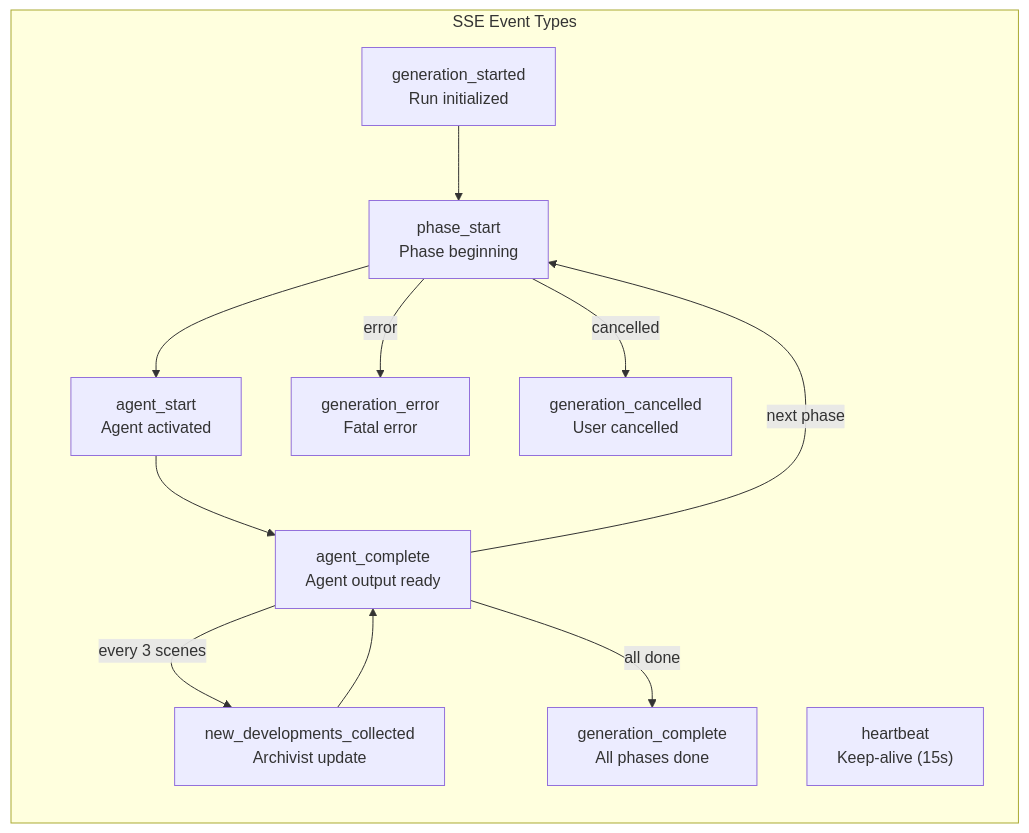
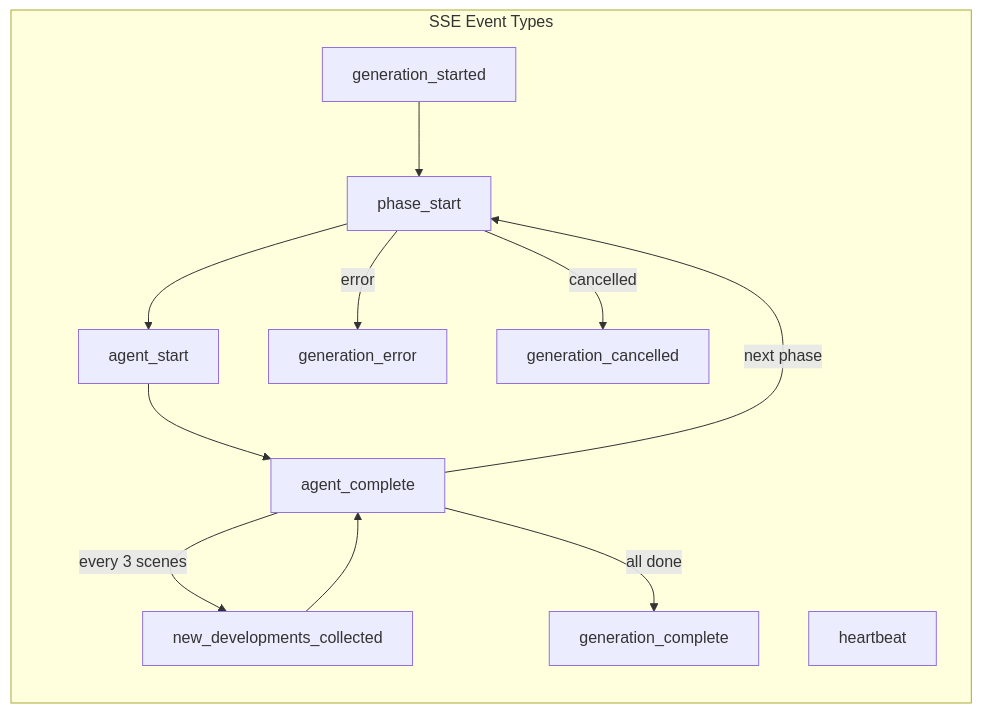
One commit to IShalkin/manoe changed the eighth of 9 diagrams in README.md. Above: the diagram before and after it, drawn with Mermaid. The commit also changed other lines of this file, not shown here.

First line of the commit message:
fix: Remove HTML br tags from Mermaid diagrams for GitHub compatibility

````diff
--- a/README.md
+++ b/README.md
@@ -423,24 +431,24 @@
 ```mermaid
 flowchart LR
     subgraph Events["SSE Event Types"]
-        E1["generation_started<br/>Run initialized"]
-        E2["phase_start<br/>Phase beginning"]
-        E3["agent_start<br/>Agent activated"]
-        E4["agent_complete<br/>Agent output ready"]
-        E5["new_developments_collected<br/>Archivist update"]
-        E6["generation_complete<br/>All phases done"]
-        E7["generation_cancelled<br/>User cancelled"]
-        E8["generation_error<br/>Fatal error"]
-        E9["heartbeat<br/>Keep-alive (15s)"]
+        E1["generation_started"]
+        E2["phase_start"]
+        E3["agent_start"]
+        E4["agent_complete"]
+        E5["new_developments_collected"]
+        E6["generation_complete"]
+        E7["generation_cancelled"]
+        E8["generation_error"]
+        E9["heartbeat"]
     end
     
     E1 --> E2
     E2 --> E3
     E3 --> E4
-    E4 -->|"next phase"| E2
-    E4 -->|"every 3 scenes"| E5
+    E4 -->|next phase| E2
+    E4 -->|every 3 scenes| E5
     E5 --> E4
-    E4 -->|"all done"| E6
-    E2 -->|"error"| E8
-    E2 -->|"cancelled"| E7
+    E4 -->|all done| E6
+    E2 -->|error| E8
+    E2 -->|cancelled| E7
 ```
````
